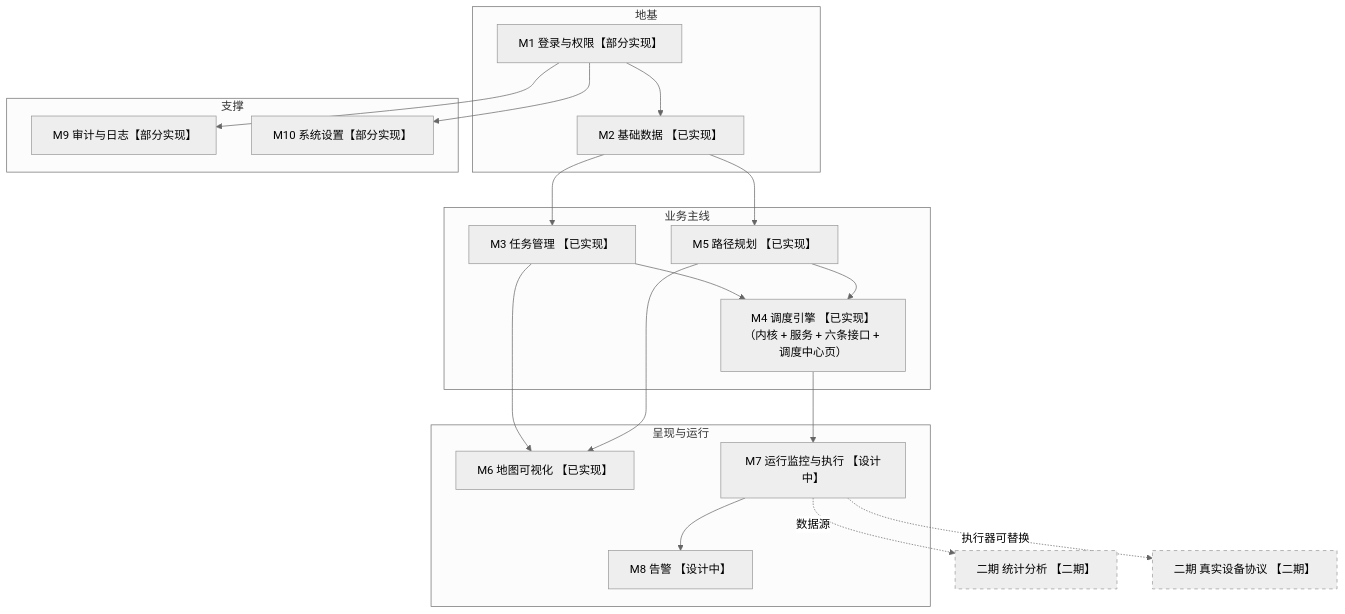
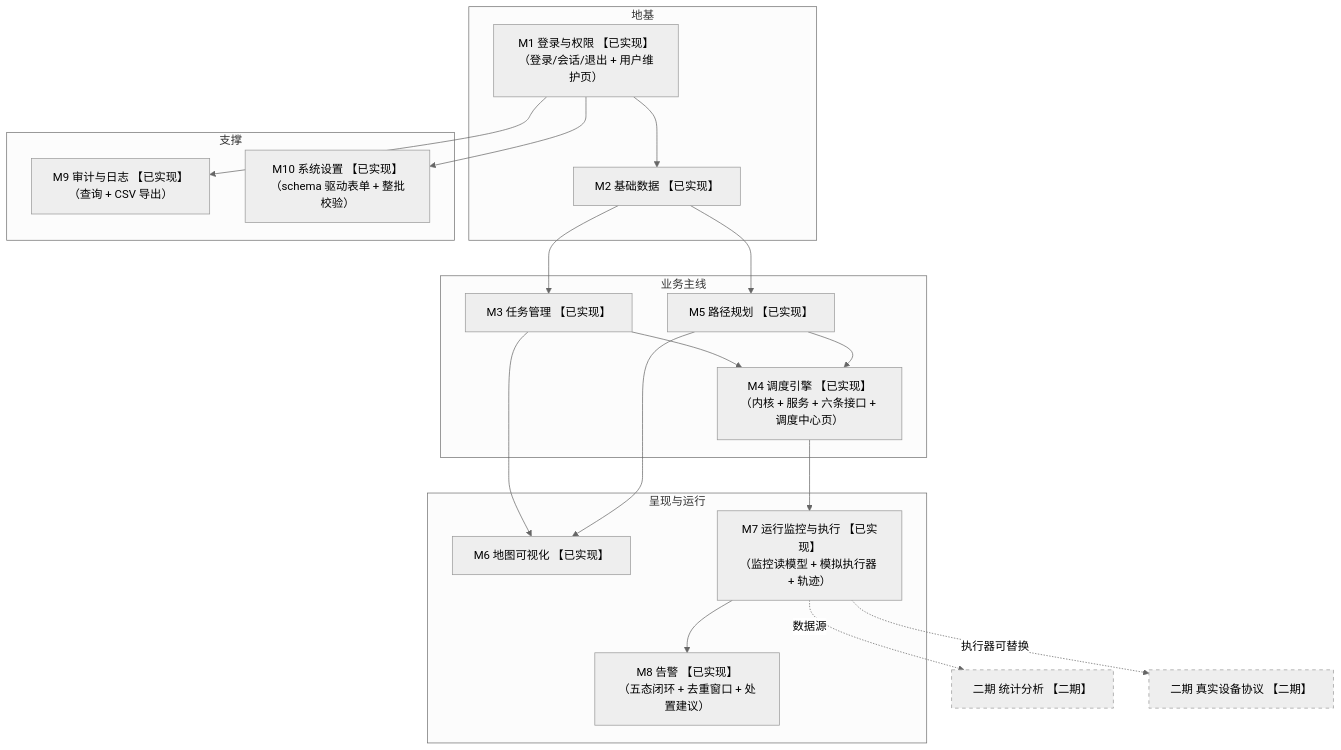
Before and after one commit to sunstflower/831: diagram 16 of 23 in docs/architecture.md, drawn with Mermaid (neutral theme). The commit also changed other lines of this file and 110 other files, not shown here.

````diff
--- a/docs/architecture.md
+++ b/docs/architecture.md
@@ -720,44 +720,44 @@
 ```mermaid
 flowchart TB
   subgraph L0["地基"]
-    M1["M1 登录与权限【部分实现】"]
+    M1["M1 登录与权限 【已实现】<br/>（登录/会话/退出 + 用户维护页）"]
     M2["M2 基础数据 【已实现】"]
   end
 
   subgraph L1["业务主线"]
     M3["M3 任务管理 【已实现】"]
     M4["M4 调度引擎 【已实现】<br/>（内核 + 服务 + 六条接口 + 调度中心页）"]
     M5["M5 路径规划 【已实现】"]
   end
 
   subgraph L2["呈现与运行"]
     M6["M6 地图可视化 【已实现】"]
-    M7["M7 运行监控与执行 【设计中】"]
-    M8["M8 告警 【设计中】"]
+    M7["M7 运行监控与执行 【已实现】<br/>（监控读模型 + 模拟执行器 + 轨迹）"]
+    M8["M8 告警 【已实现】<br/>（五态闭环 + 去重窗口 + 处置建议）"]
   end
 
   subgraph L3["支撑"]
-    M9["M9 审计与日志【部分实现】"]
-    M10["M10 系统设置【部分实现】"]
+    M9["M9 审计与日志 【已实现】<br/>（查询 + CSV 导出）"]
+    M10["M10 系统设置 【已实现】<br/>（schema 驱动表单 + 整批校验）"]
   end
 
   M11["二期 统计分析 【二期】"]
   M12["二期 真实设备协议 【二期】"]
 
   M1 --> M2
   M2 --> M3
   M2 --> M5
   M3 --> M4
   M5 --> M4
   M3 --> M6
   M5 --> M6
   M4 --> M7
   M7 --> M8
   M1 --> M9
   M1 --> M10
   M7 -.数据源.-> M11
   M7 -.执行器可替换.-> M12
 
   style M11 stroke-dasharray: 5 5
   style M12 stroke-dasharray: 5 5
 ```
````
